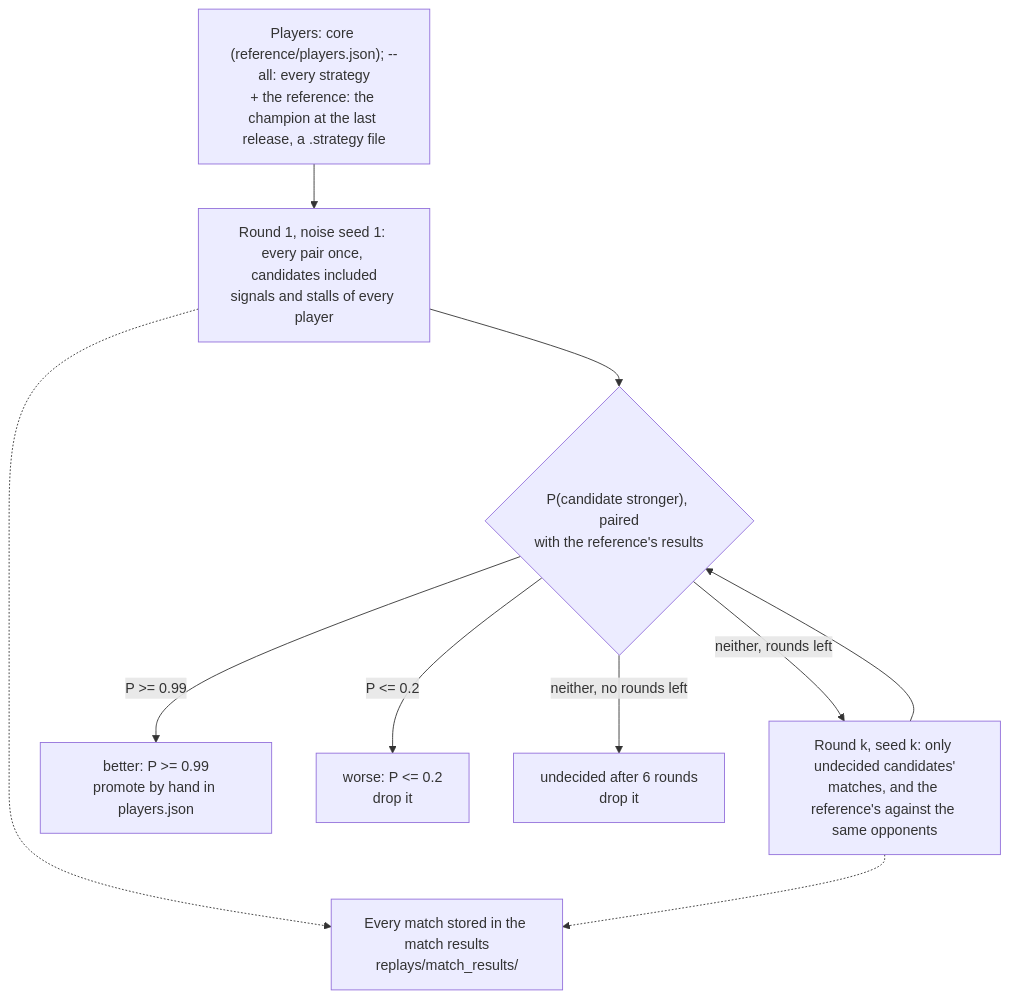
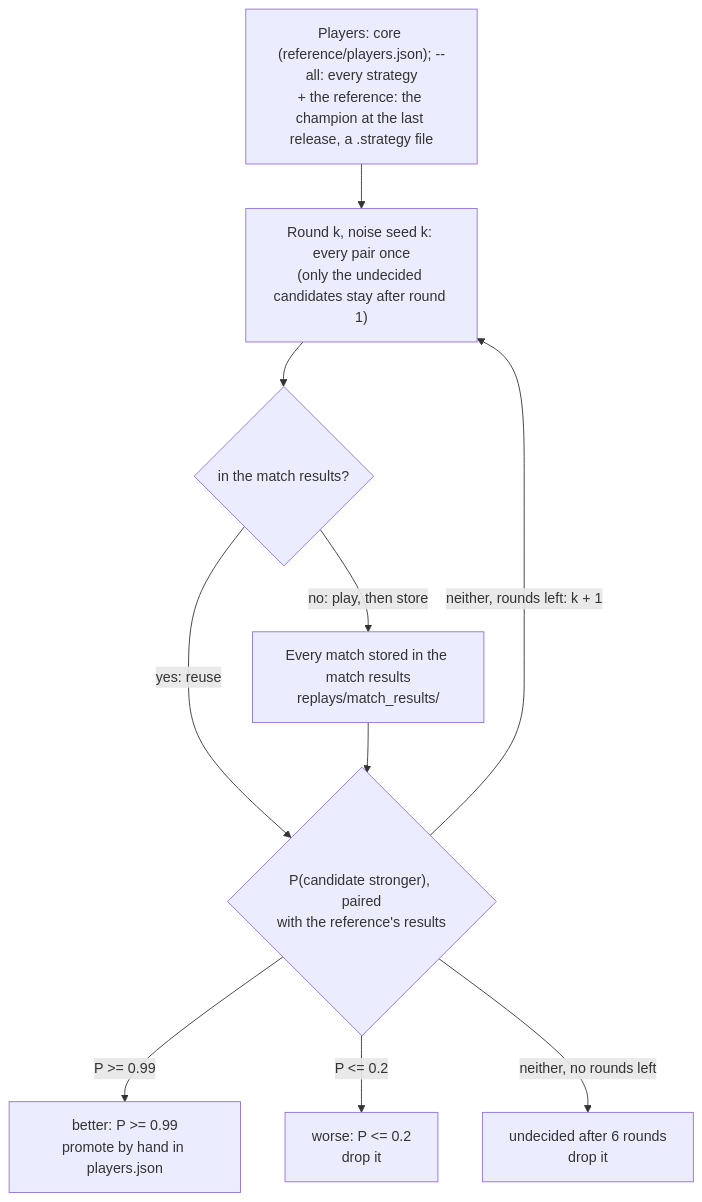
The fourth of 5 diagrams in docs/STRATEGY_DEVELOPMENT.md (First-Order-RoboCup-SSL/Utama-Core), drawn with Mermaid before and after one commit. The commit also changed other lines of this file and 6 other files, not shown here.

First line of the commit message:
tools: every evaluate.py round is the same round robin

````diff
--- a/docs/STRATEGY_DEVELOPMENT.md
+++ b/docs/STRATEGY_DEVELOPMENT.md
@@ -265,18 +265,18 @@
 ```mermaid
 flowchart TD
     p["Players: core (reference/players.json); --all: every strategy<br/>+ the reference: the champion at the last release, a .strategy file"]
-    r1["Round 1, noise seed 1: every pair once, candidates included<br/>signals and stalls of every player"]
-    rk["Round k, seed k: only undecided candidates'<br/>matches, and the reference's against the same opponents"]
+    r1["Round k, noise seed k: every pair once<br/>(only the undecided candidates stay after round 1)"]
+    st0{"in the match results?"}
     st["Every match stored in the match results<br/>replays/match_results/"]
     d{"P(candidate stronger), paired<br/>with the reference's results"}
     b["better: P >= 0.99<br/>promote by hand in players.json"]
     w["worse: P <= 0.2<br/>drop it"]
     u["undecided after 6 rounds<br/>drop it"]
-    p --> r1 --> d
-    r1 -.-> st
-    rk -.-> st
+    p --> r1 --> st0
+    st0 -- "yes: reuse" --> d
+    st0 -- "no: play, then store" --> st --> d
     d -- "P >= 0.99" --> b
     d -- "P <= 0.2" --> w
-    d -- "neither, rounds left" --> rk --> d
+    d -- "neither, rounds left: k + 1" --> r1
     d -- "neither, no rounds left" --> u
 ```
````
